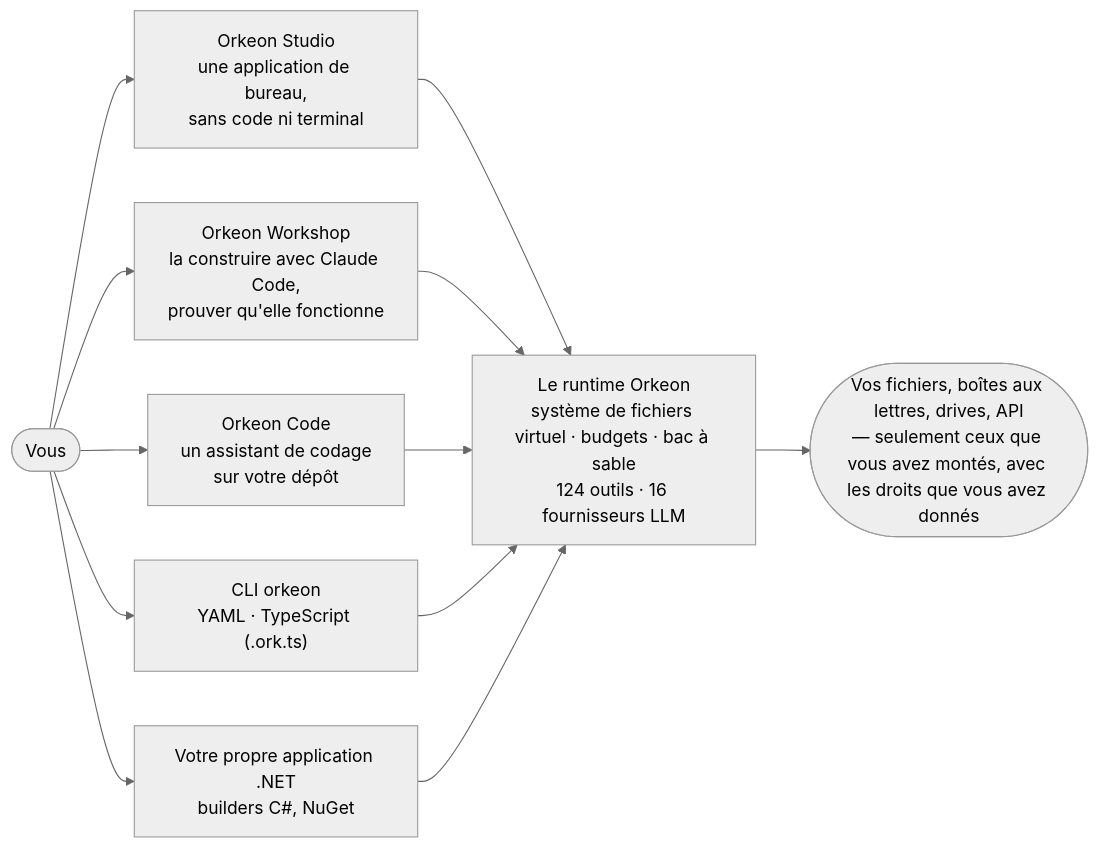
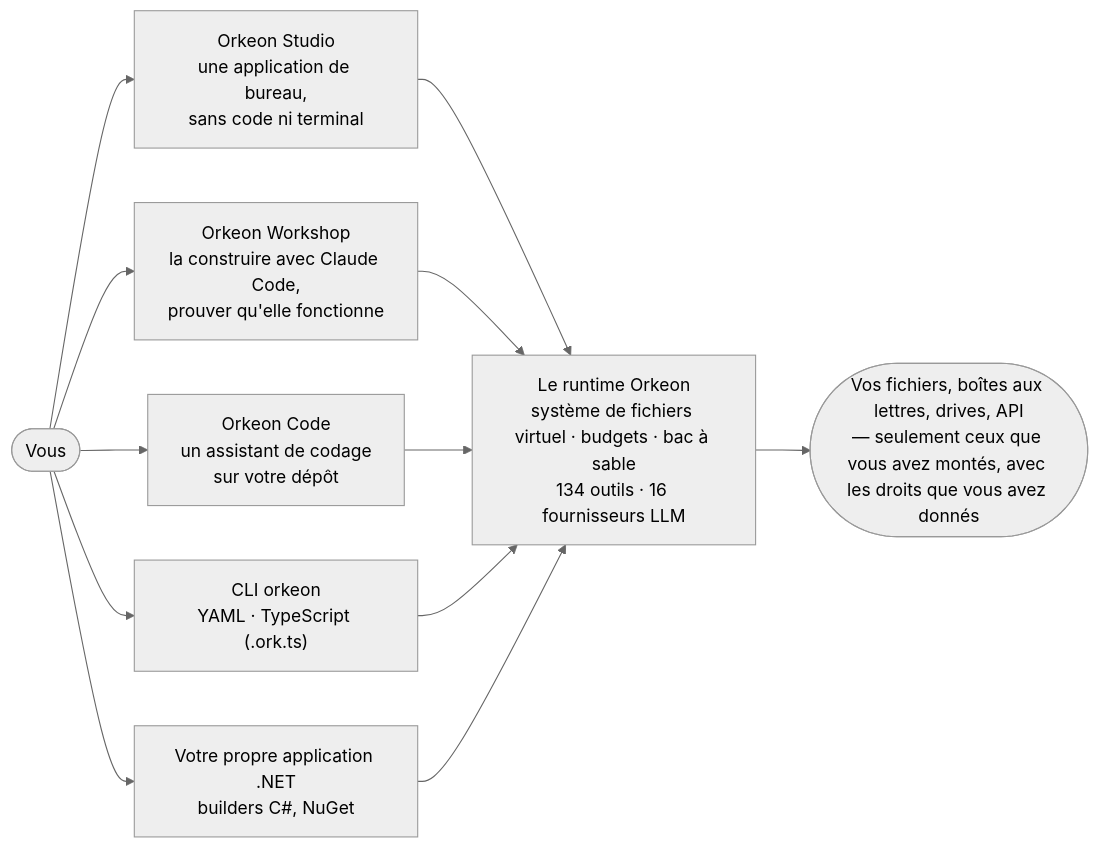
The diagram in README.fr.md (Orkeon/orkeon), drawn with Mermaid (neutral theme) before and after one commit. The commit also changed other lines of this file and 272 other files, not shown here.

````diff
--- a/README.fr.md
+++ b/README.fr.md
@@ -43,10 +43,10 @@
 ```mermaid
 flowchart LR
     you(["Vous"]) --> workshop["Orkeon Workshop<br/>la construire avec Claude Code,<br/>prouver qu'elle fonctionne"]
     you --> studio["Orkeon Studio<br/>une application de bureau,<br/>sans code ni terminal"]
     you --> code["Orkeon Code<br/>un assistant de codage<br/>sur votre dépôt"]
     you --> cli["CLI orkeon<br/>YAML · TypeScript (.ork.ts)"]
     you --> app["Votre propre application .NET<br/>builders C#, NuGet"]
-    studio & workshop & code & cli & app --> runtime["Le runtime Orkeon<br/>système de fichiers virtuel · budgets · bac à sable<br/>124 outils · 16 fournisseurs LLM"]
+    studio & workshop & code & cli & app --> runtime["Le runtime Orkeon<br/>système de fichiers virtuel · budgets · bac à sable<br/>134 outils · 16 fournisseurs LLM"]
     runtime --> world(["Vos fichiers, boîtes aux lettres, drives, API<br/>— seulement ceux que vous avez montés, avec les droits que vous avez donnés"])
 ```
````
